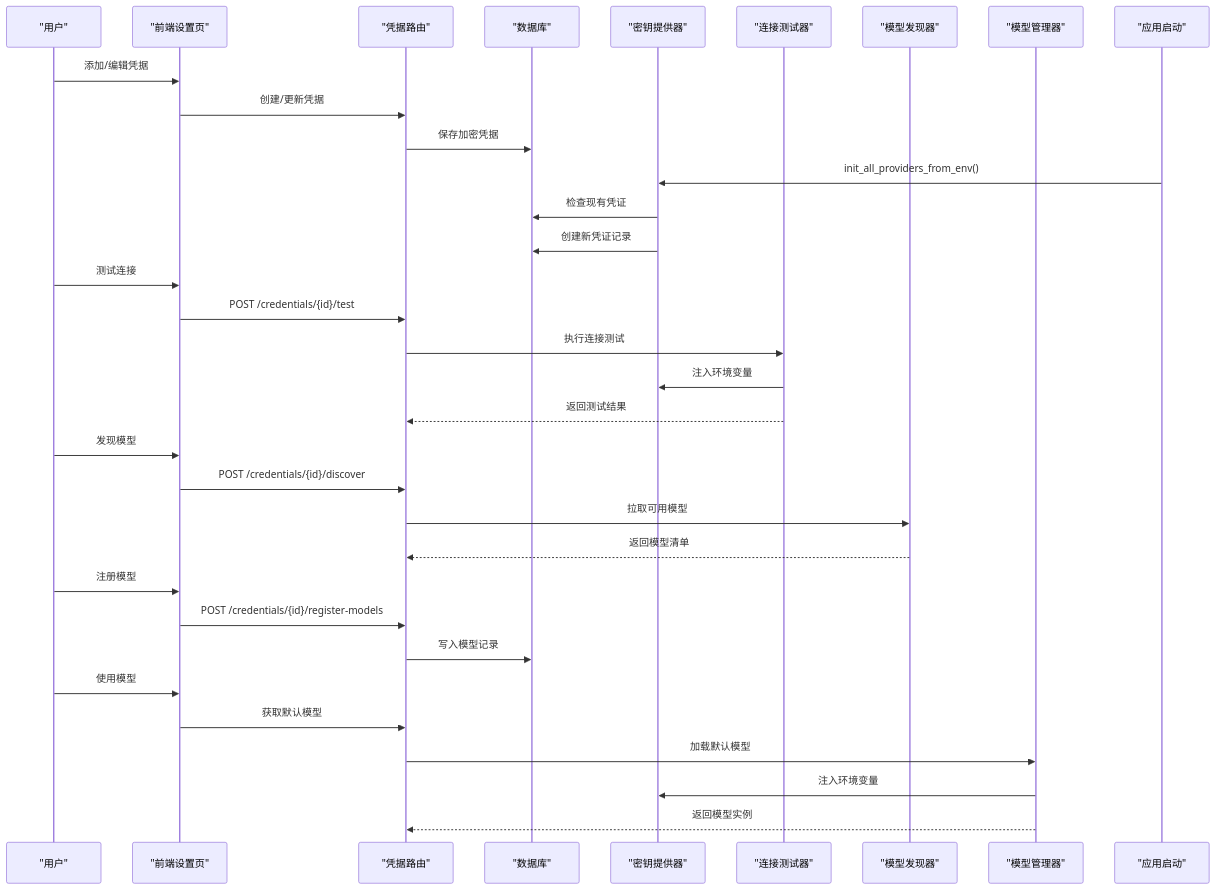
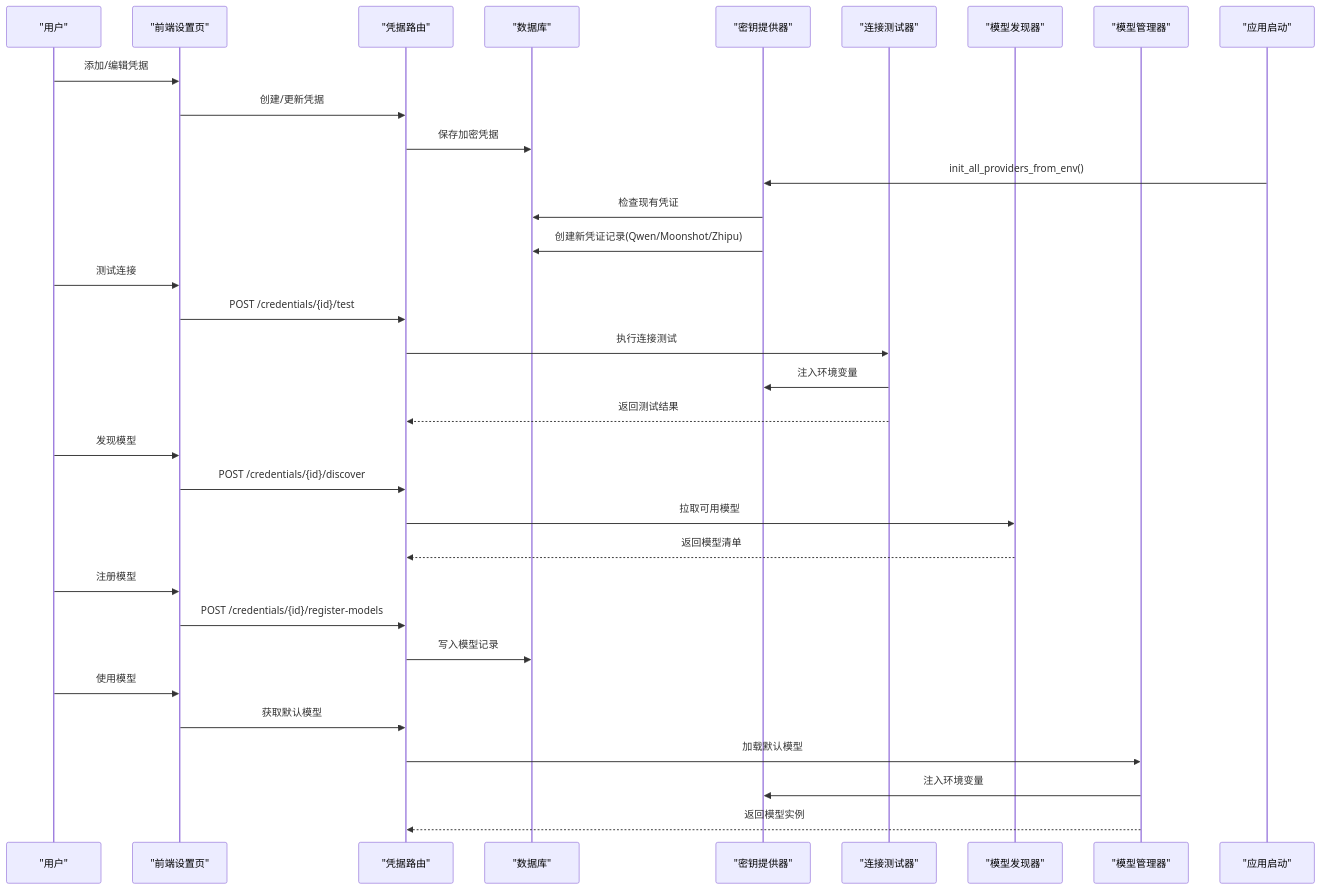
One commit to jackeyunjie/open-notebook changed the second of 8 diagrams in .qoder/repowiki/zh/content/配置管理/AI提供商配置/AI提供商配置.md. Above: the diagram before and after it, drawn with Mermaid. The commit also changed other lines of this file and 24 other files, not shown here.

````diff
--- a/.qoder/repowiki/zh/content/配置管理/AI提供商配置/AI提供商配置.md
+++ b/.qoder/repowiki/zh/content/配置管理/AI提供商配置/AI提供商配置.md
@@ -112,35 +120,35 @@
 ```mermaid
 sequenceDiagram
 participant U as "用户"
 participant FE as "前端设置页"
 participant API as "凭据路由"
 participant DB as "数据库"
 participant K as "密钥提供器"
 participant CT as "连接测试器"
 participant MD as "模型发现器"
 participant MM as "模型管理器"
 participant Main as "应用启动"
 U->>FE : 添加/编辑凭据
 FE->>API : 创建/更新凭据
 API->>DB : 保存加密凭据
 Main->>K : init_all_providers_from_env()
 K->>DB : 检查现有凭证
-K->>DB : 创建新凭证记录
+K->>DB : 创建新凭证记录(Qwen/Moonshot/Zhipu)
 U->>FE : 测试连接
 FE->>API : POST /credentials/{id}/test
 API->>CT : 执行连接测试
 CT->>K : 注入环境变量
 CT-->>API : 返回测试结果
 U->>FE : 发现模型
 FE->>API : POST /credentials/{id}/discover
 API->>MD : 拉取可用模型
 MD-->>API : 返回模型清单
 U->>FE : 注册模型
 FE->>API : POST /credentials/{id}/register-models
 API->>DB : 写入模型记录
 U->>FE : 使用模型
 FE->>API : 获取默认模型
 API->>MM : 加载默认模型
 MM->>K : 注入环境变量
 MM-->>API : 返回模型实例
 ```
````
